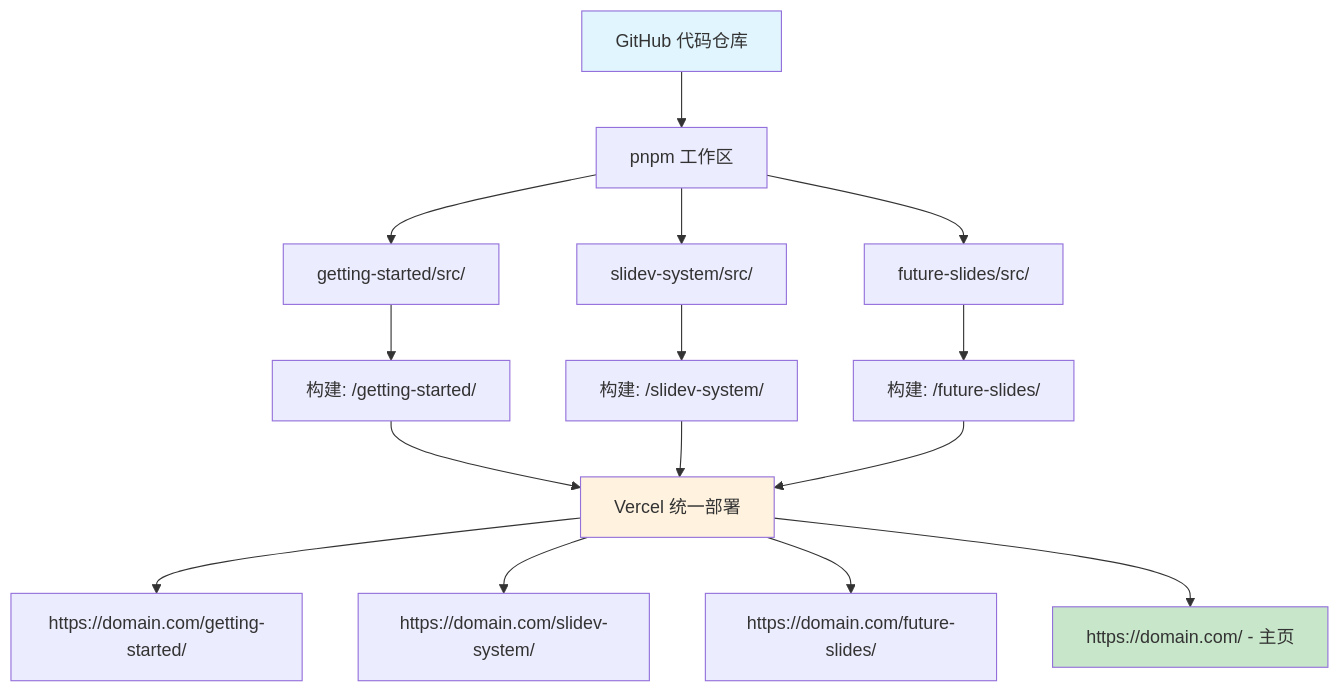
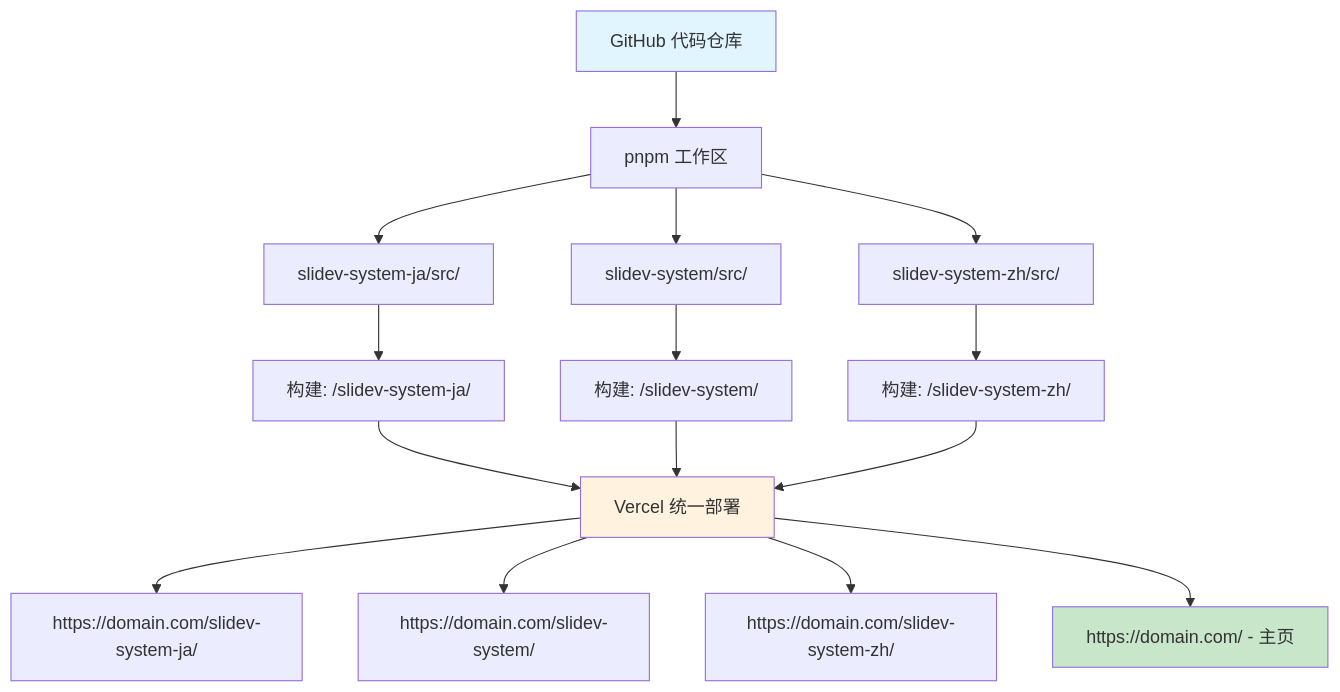
Before and after one commit to wwlapaki310/Slidevs-on-Vercel: the diagram in slides/slidev-system-zh/src/slides.md, drawn with Mermaid. The commit also changed other lines of this file, not shown here.

Commit message:
Fix Chinese slides: Update project structure and system architecture to match current repository

````diff
--- a/slides/slidev-system-zh/src/slides.md
+++ b/slides/slidev-system-zh/src/slides.md
@@ -69,25 +69,25 @@
 ```mermaid
 graph TD
     A[GitHub 代码仓库] --> B[pnpm 工作区]
     
-    B --> C1[getting-started/src/]
+    B --> C1[slidev-system-ja/src/]
     B --> C2[slidev-system/src/]
-    B --> C3[future-slides/src/]
+    B --> C3[slidev-system-zh/src/]
     
-    C1 --> D1[构建: /getting-started/]
+    C1 --> D1[构建: /slidev-system-ja/]
     C2 --> D2[构建: /slidev-system/]
-    C3 --> D3[构建: /future-slides/]
+    C3 --> D3[构建: /slidev-system-zh/]
     
     D1 --> E[Vercel 统一部署]
     D2 --> E
     D3 --> E
     
-    E --> F1[https://domain.com/getting-started/]
+    E --> F1[https://domain.com/slidev-system-ja/]
     E --> F2[https://domain.com/slidev-system/]
-    E --> F3[https://domain.com/future-slides/]
+    E --> F3[https://domain.com/slidev-system-zh/]
     E --> F4[https://domain.com/ - 主页]
     
     style A fill:#e1f5fe
     style E fill:#fff3e0
     style F4 fill:#c8e6c9
 ```
````
